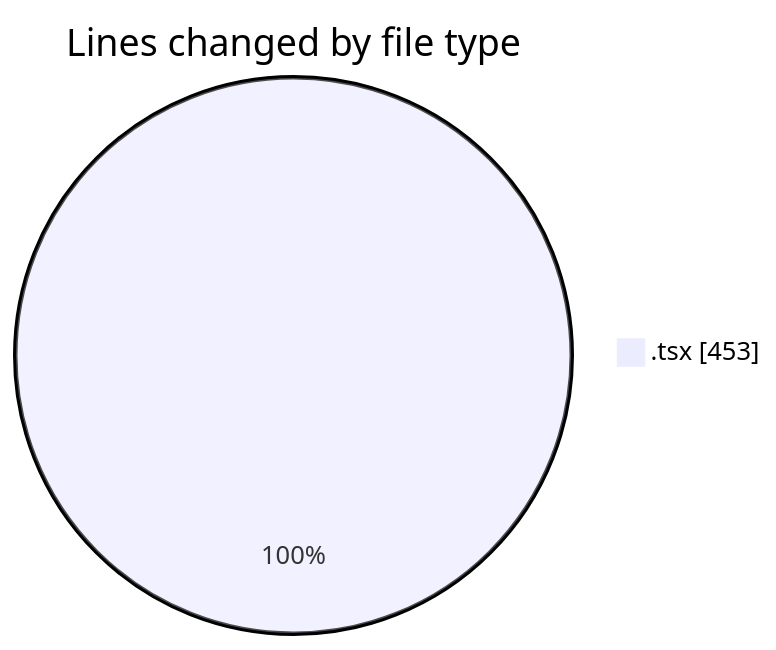
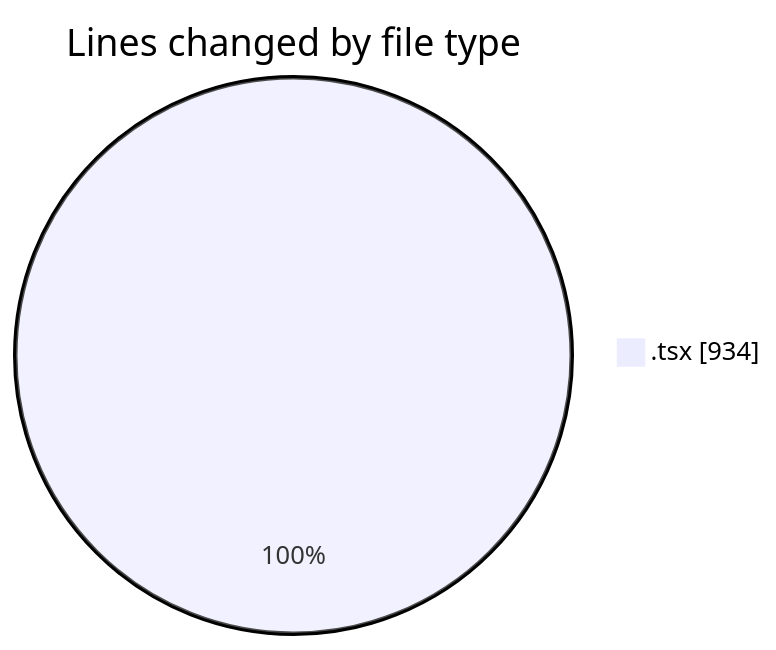
The first of 2 diagrams in 2026-08-10/nxtqube_webapp/README.md (nxtqubesakshisongat/code-tracking), drawn with Mermaid before and after one commit. The commit also changed other lines of this file and 1 other file, not shown here.

````diff
--- a/2026-08-10/nxtqube_webapp/README.md
+++ b/2026-08-10/nxtqube_webapp/README.md
@@ -22,5 +24,5 @@
 ```mermaid
 pie showData
 title Lines changed by file type
-".tsx" : 453
+".tsx" : 934
 ```
````
